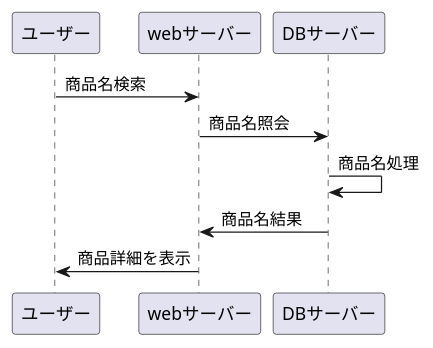
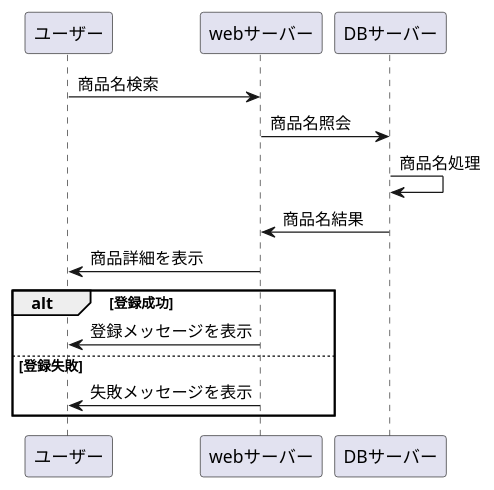
One commit to Aso2001403/2021sys-design changed the diagram in syouhinnitirann.md. Above: the diagram before and after it, drawn with PlantUML.

````diff
--- a/syouhinnitirann.md
+++ b/syouhinnitirann.md
@@ -1,11 +1,17 @@
 ```uml
 @startuml
 
 
 ユーザー -> webサーバー : 商品名検索
 webサーバー -> DBサーバー : 商品名照会
 DBサーバー -> DBサーバー : 商品名処理
 DBサーバー -> webサーバー : 商品名結果
 webサーバー -> ユーザー : 商品詳細を表示
+
+alt 登録成功
+ webサーバー -> ユーザー : 登録メッセージを表示
+ else 登録失敗
+ webサーバー -> ユーザー : 失敗メッセージを表示
+ end
 @enduml
 ```
````
